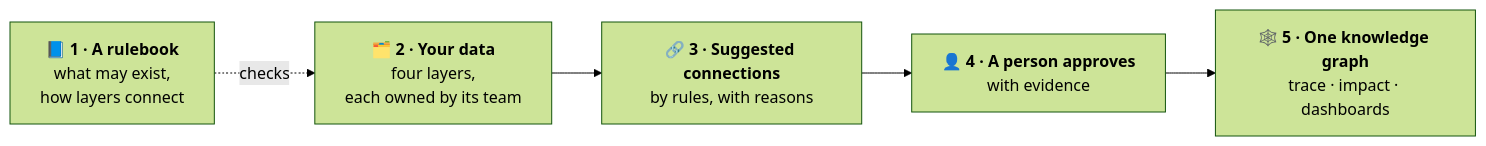
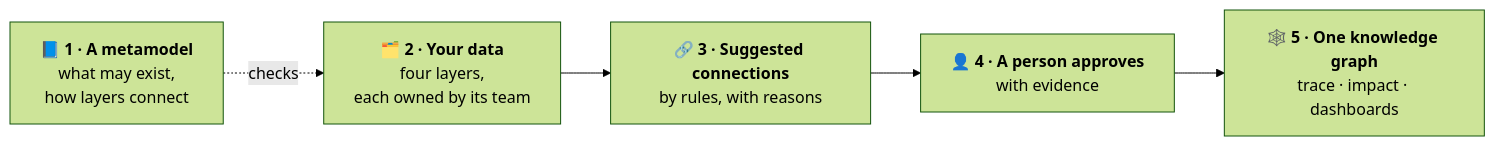
Before and after one commit to taumoeps/bian-sdem-framework: the first of 2 diagrams in docs/sdem-overview.md, drawn with Mermaid (forest theme). The commit also changed other lines of this file and 71 other files, not shown here.

Commit message:
One name: metamodel — "rulebook" removed from documents, messages, help and code comments; files renamed (docs/sdem-metamodel-guide.md, docs/design/sdem-metamodel-versioning.md, tests/test_engine_metamodel.py); no data, command or option changes; historical records keep their original words

````diff
--- a/docs/sdem-overview.md
+++ b/docs/sdem-overview.md
@@ -13,10 +13,10 @@
 ```mermaid
 flowchart LR
-    R["📘 <b>1 · A rulebook</b><br/>what may exist,<br/>how layers connect"]
+    R["📘 <b>1 · A metamodel</b><br/>what may exist,<br/>how layers connect"]
     D["🗂️ <b>2 · Your data</b><br/>four layers,<br/>each owned by its team"]
     P["🔗 <b>3 · Suggested connections</b><br/>by rules, with reasons"]
     H["👤 <b>4 · A person approves</b><br/>with evidence"]
     G["🕸️ <b>5 · One knowledge graph</b><br/>trace · impact · dashboards"]
     R -.->|checks| D
     D --> P --> H --> G
 ```
````
